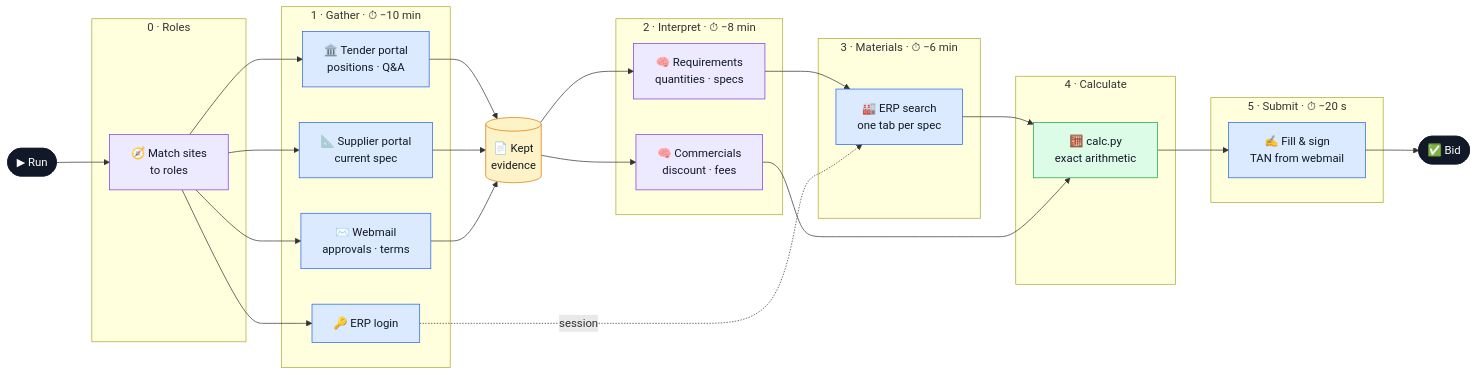
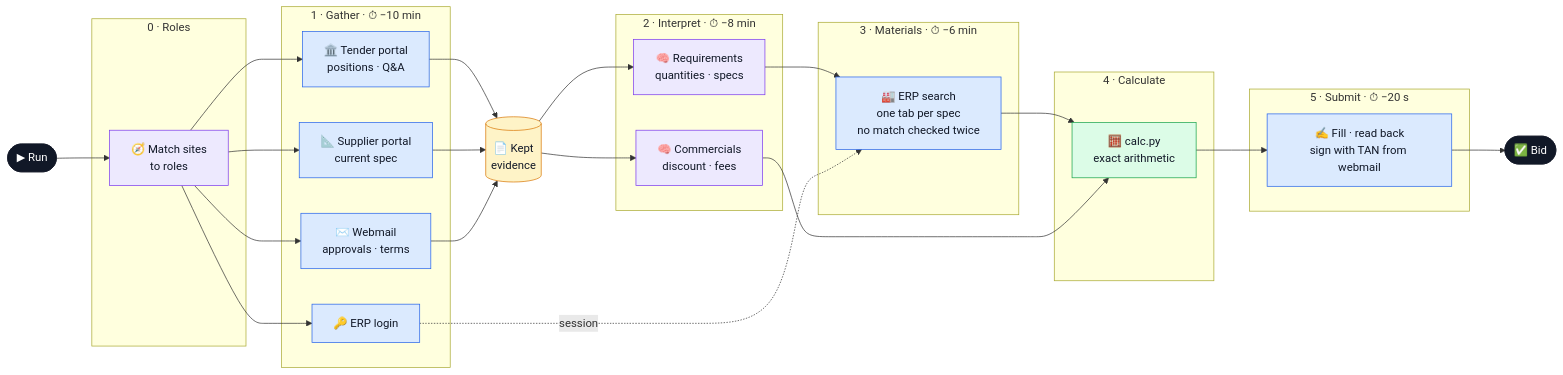
The diagram in README.md (lucakammerer/adminrights), drawn with Mermaid before and after one commit. The commit also changed other lines of this file, not shown here.

Commit message:
docs(readme): diagram shows the no-match check and the read-back; dry-run command

````diff
--- a/README.md
+++ b/README.md
@@ -7,54 +7,54 @@
 ```mermaid
 flowchart LR
   run([▶ Run]) --> roles
 
   subgraph P0["0 · Roles"]
     roles["🧭 Match sites<br/>to roles"]
   end
 
   subgraph P1["1 · Gather · ⏱ −10 min"]
     tender["🏛️ Tender portal<br/>positions · Q#amp;A"]
     supplier["📐 Supplier portal<br/>current spec"]
     mail["✉️ Webmail<br/>approvals · terms"]
     login["🔑 ERP login"]
   end
 
   evidence[("📄 Kept<br/>evidence")]
 
   subgraph P2["2 · Interpret · ⏱ −8 min"]
     req["🧠 Requirements<br/>quantities · specs"]
     com["🧠 Commercials<br/>discount · fees"]
   end
 
   subgraph P3["3 · Materials · ⏱ −6 min"]
-    erp["🏭 ERP search<br/>one tab per spec"]
+    erp["🏭 ERP search<br/>one tab per spec<br/>no match checked twice"]
   end
 
   subgraph P4["4 · Calculate"]
     calc["🧮 calc.py<br/>exact arithmetic"]
   end
 
   subgraph P5["5 · Submit · ⏱ −20 s"]
-    submit["✍️ Fill #amp; sign<br/>TAN from webmail"]
+    submit["✍️ Fill · read back<br/>sign with TAN from webmail"]
   end
 
   roles --> tender & supplier & mail & login
   tender & supplier & mail --> evidence
   evidence --> req & com
   req --> erp
   login -. session .-> erp
   erp --> calc
   com --> calc
   calc --> submit --> bid([✅ Bid])
 
   classDef browser fill:#dbeafe,stroke:#2563eb,color:#111827
   classDef model fill:#ede9fe,stroke:#7c3aed,color:#111827
   classDef code fill:#dcfce7,stroke:#16a34a,color:#111827
   classDef store fill:#fef3c7,stroke:#d97706,color:#111827
   classDef terminal fill:#111827,stroke:#111827,color:#ffffff
   class tender,supplier,mail,login,erp,submit browser
   class roles,req,com model
   class calc code
   class evidence store
   class run,bid terminal
 ```
````
